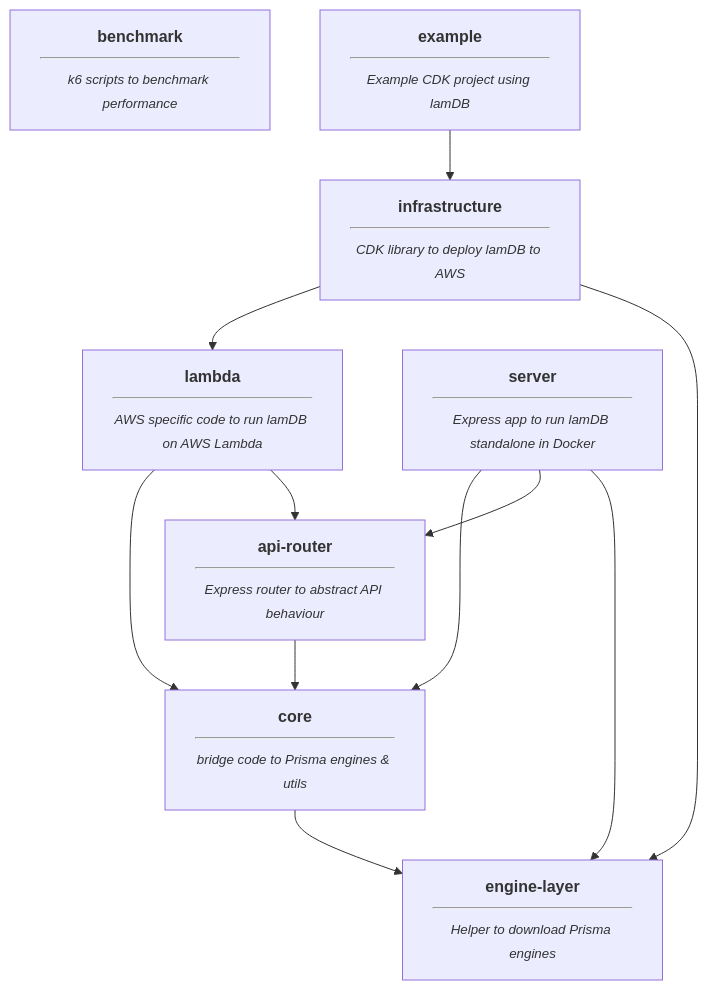
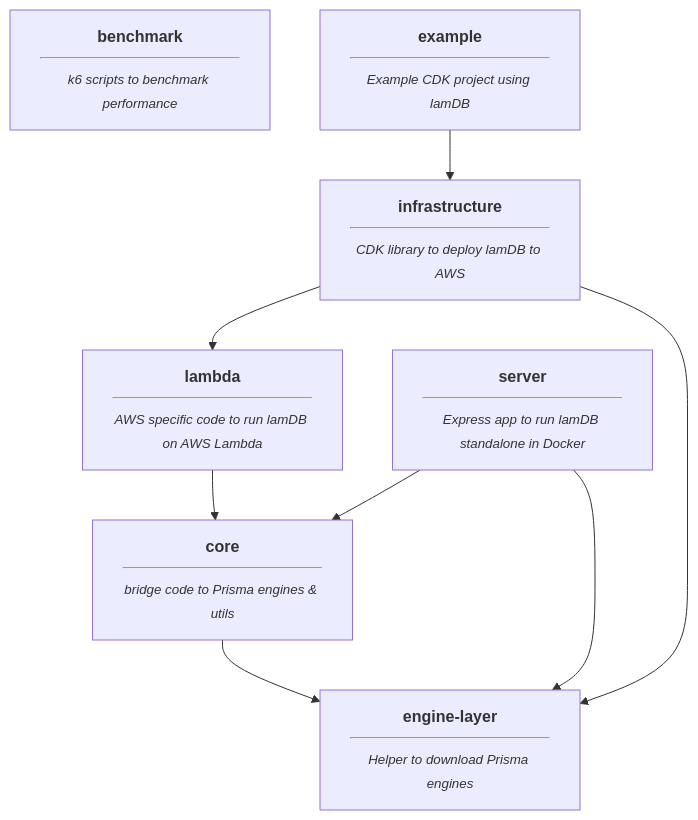
Before and after one commit to KennethWussmann/lamDB: the diagram in docs/architecture.md, drawn with Mermaid. The commit also changed 40 other files, not shown here.

Commit message:
Remove express from lambda package (#37)

````diff
--- a/docs/architecture.md
+++ b/docs/architecture.md
@@ -18,14 +18,11 @@
 ```mermaid
 graph
     Lambda[<b>lambda</b><br/><hr/><small><i>AWS specific code to run lamDB on AWS Lambda<i/></small>] --> Core[<b>core</b><br/><hr/><small><i>bridge code to Prisma engines & utils<i/></small>]
     Server[<b>server</b><br/><hr/><small><i>Express app to run lamDB standalone in Docker<i/></small>] --> Core
     Infrastructure[<b>infrastructure</b><br/><hr/><small><i>CDK library to deploy lamDB to AWS<i/></small>] --> Lambda
-    APIRouter[<b>api-router</b><br/><hr/><small><i>Express router to abstract API behaviour<i/></small>] --> Core
-    Lambda --> APIRouter
-    Server --> APIRouter
     Core --> EngineLayer[<b>engine-layer</b><br/><hr/><small><i>Helper to download Prisma engines<i/></small>]
     Infrastructure --> EngineLayer
     Server --> EngineLayer
     Benchmark[<b>benchmark</b><br/><hr/><small><i>k6 scripts to benchmark performance<i/></small>]
     Example[<b>example</b><br/><hr/><small><i>Example CDK project using lamDB<i/></small>] --> Infrastructure
 ```
````
